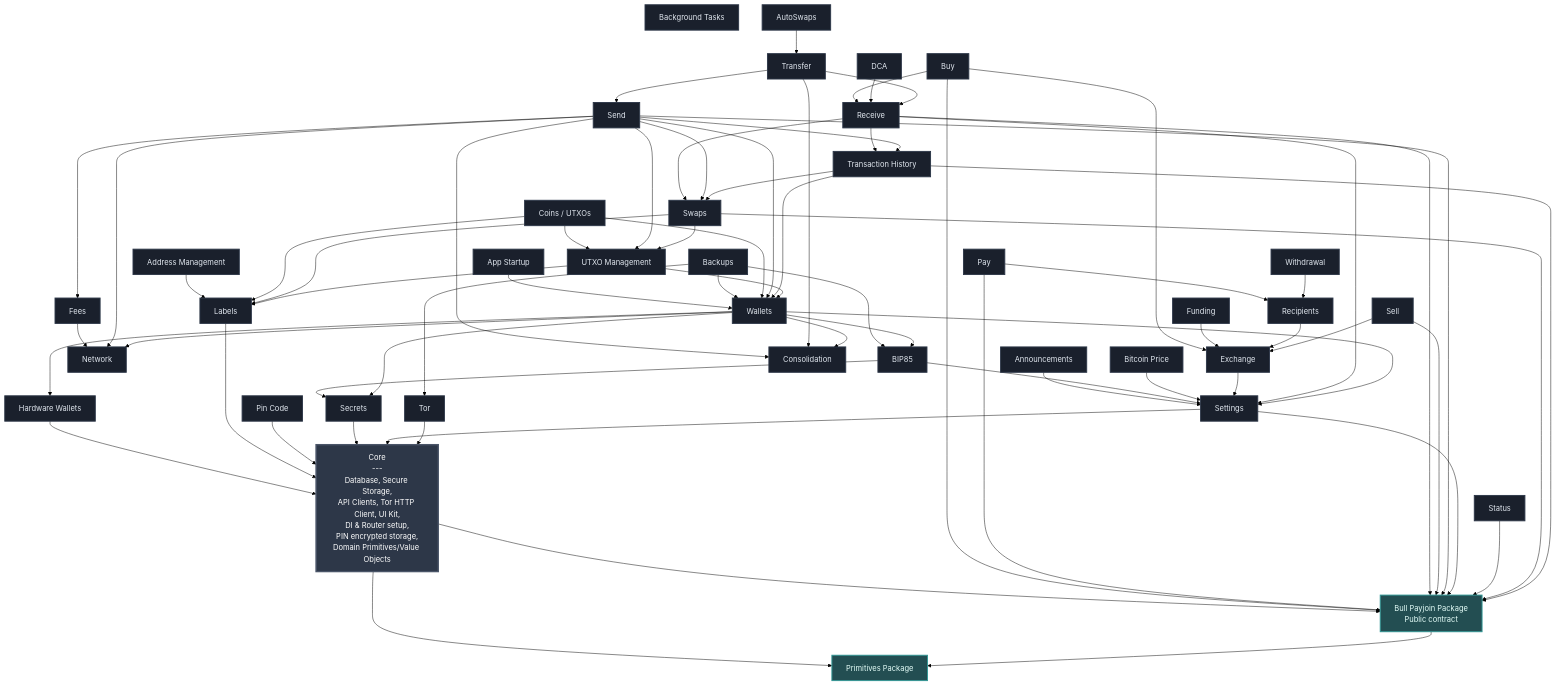
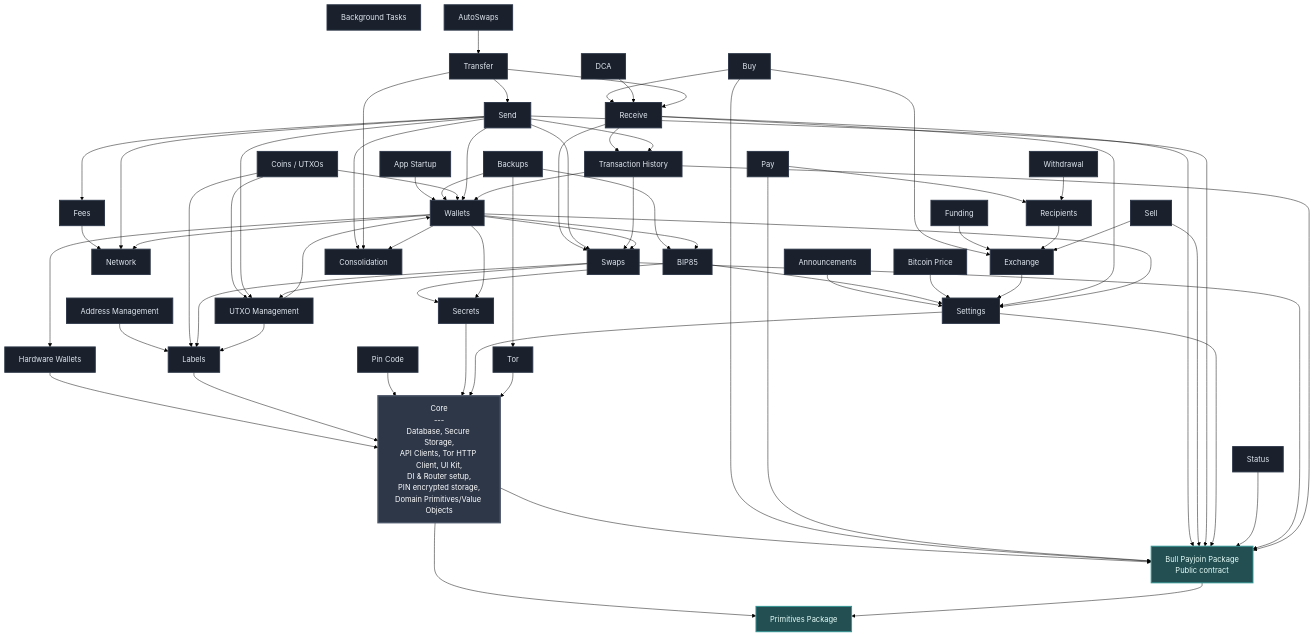
The diagram in FEATURES.md (SatoshiPortal/bullbitcoin-mobile), drawn with Mermaid (forest theme) before and after one commit. The commit also changed 9 other files, not shown here.

```diff
--- a/FEATURES.md
+++ b/FEATURES.md
@@ -120,6 +120,7 @@
     WALLETS --> NETWORK
     WALLETS --> SECRETS
     WALLETS --> SETTINGS
+    WALLETS --> SWAPS
     WITHDRAWAL --> RECIPIENTS
 
     %% Styling
```
